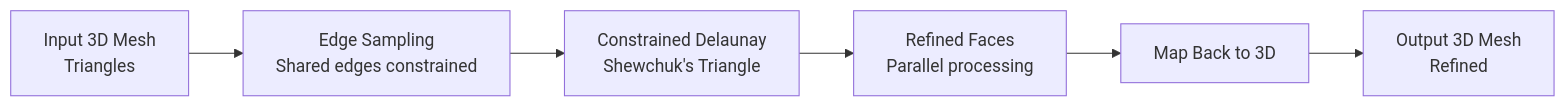
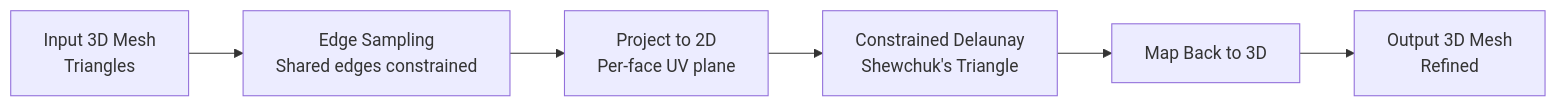
The diagram in README.md (csv610/SurfRemesh), drawn with Mermaid before and after one commit.

Commit message:
Update Mermaid: add 2D projection stage

````diff
--- a/README.md
+++ b/README.md
@@ -33,8 +33,8 @@
 ```mermaid
 flowchart LR
     A[Input 3D Mesh<br/>Triangles] --> B[Edge Sampling<br/>Shared edges constrained]
-    B --> C[Constrained Delaunay<br/>Shewchuk's Triangle]
-    C --> D[Refined Faces<br/>Parallel processing]
+    B --> C[Project to 2D<br/>Per-face UV plane]
+    C --> D[Constrained Delaunay<br/>Shewchuk's Triangle]
     D --> E[Map Back to 3D]
     E --> F[Output 3D Mesh<br/>Refined]
 ```
````
